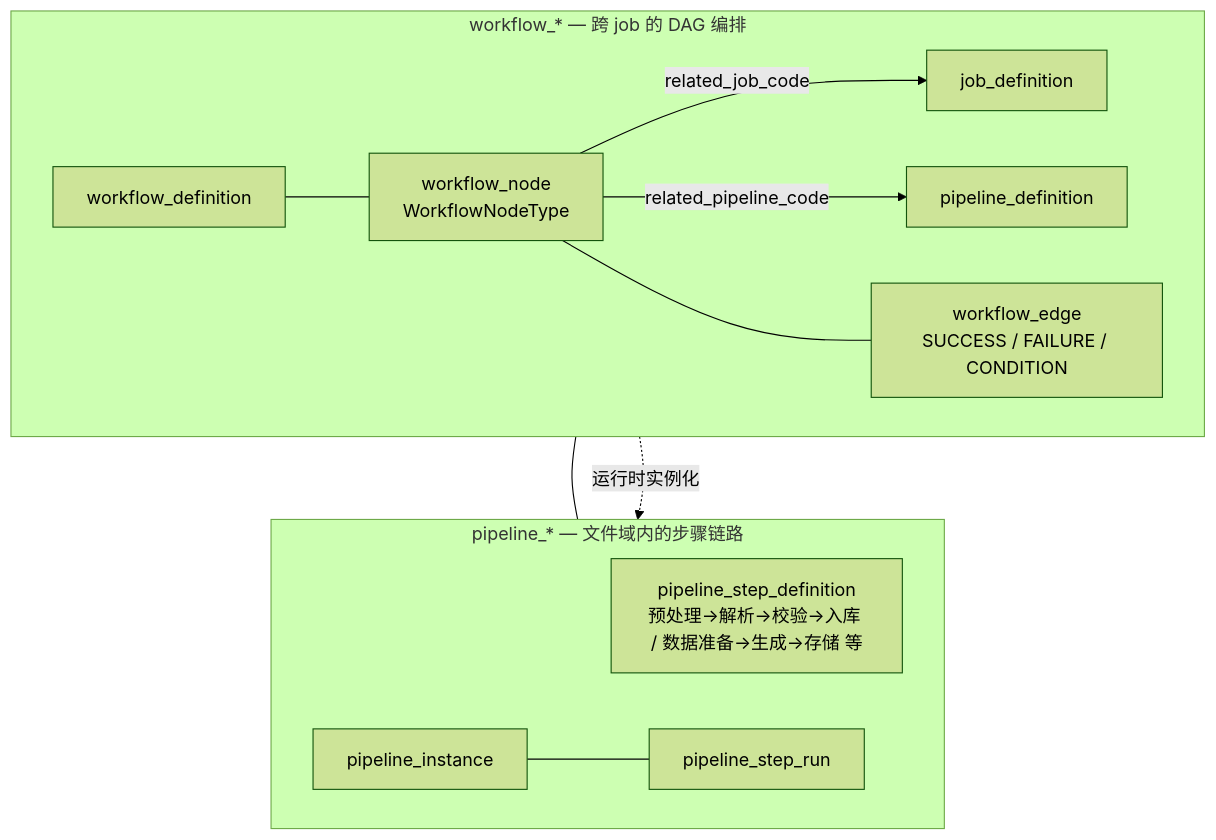
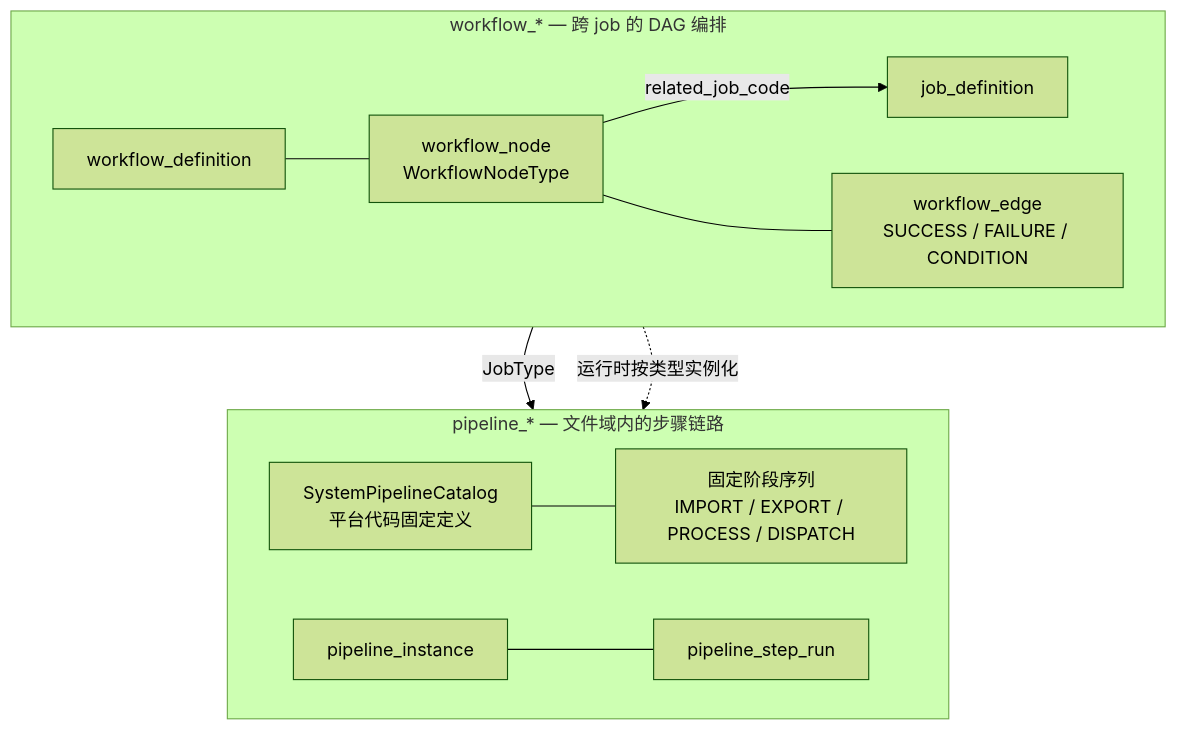
The diagram in docs/architecture/pipeline-vs-workflow-boundary.md (pinpols/file-batch-system), drawn with Mermaid (forest theme) before and after one commit. The commit also changed other lines of this file and 2194 other files, not shown here.

````diff
--- a/docs/architecture/pipeline-vs-workflow-boundary.md
+++ b/docs/architecture/pipeline-vs-workflow-boundary.md
@@ -9,18 +11,18 @@
 ```mermaid
 flowchart TB
   subgraph Workflow["workflow_* — 跨 job 的 DAG 编排"]
     direction LR
     W1[workflow_definition] --- WN1[workflow_node<br/>WorkflowNodeType]
     WN1 -- related_job_code --> J1[job_definition]
-    WN1 -- related_pipeline_code --> P1[pipeline_definition]
     WN1 --- WE[workflow_edge<br/>SUCCESS / FAILURE / CONDITION]
   end
 
   subgraph Pipeline["pipeline_* — 文件域内的步骤链路"]
     direction LR
-    P1 --- PSD[pipeline_step_definition<br/>预处理→解析→校验→入库 / 数据准备→生成→存储 等]
+    J1 -- JobType --> SYS[SystemPipelineCatalog<br/>平台代码固定定义]
+    SYS --- PSD[固定阶段序列<br/>IMPORT / EXPORT / PROCESS / DISPATCH]
     PI[pipeline_instance] --- PSR[pipeline_step_run]
   end
 
-  P1 -. 运行时实例化 .-> PI
+  J1 -. 运行时按类型实例化 .-> PI
 ```
````
